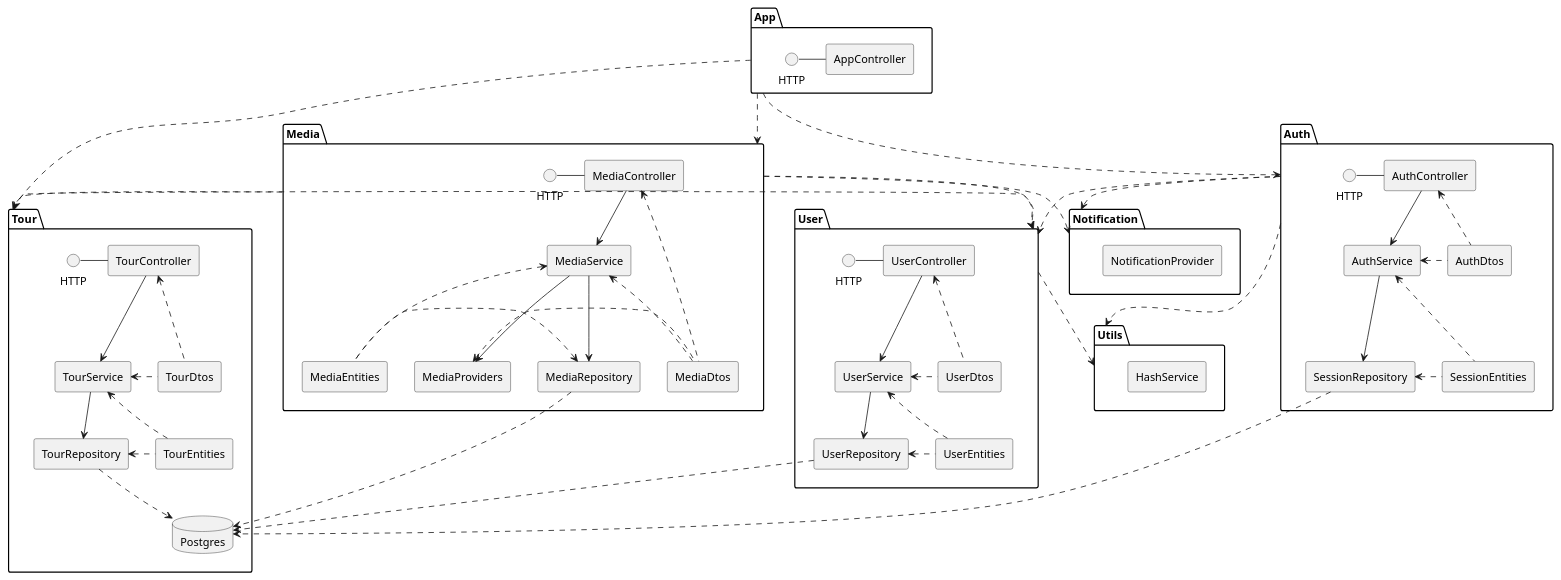
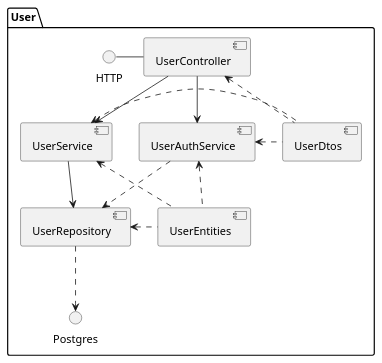
Before and after one commit to gipfeli-io/documentation: the fourth of 10 diagrams in docs/architecture/api.md, drawn with PlantUML. The commit also changed other lines of this file, not shown here.

Commit message:
Update architecture of API

````diff
--- a/docs/architecture/api.md
+++ b/docs/architecture/api.md
@@ -15,86 +151,17 @@
-```plantuml Overall
-@startuml
-skinparam componentStyle rectangle
-
-package "Tour" {
-interface HTTP as h1
-h1 -r- [TourController]
-[TourController] --> [TourService]
-[TourService] -d-> [TourRepository]
-[TourRepository] .d.> Postgres
-[TourEntities] .l.> [TourRepository]
-[TourEntities] .l.> [TourService]
-[TourDtos] .l.> [TourService]
-[TourDtos] .l.> [TourController]
-}
-
+```plantuml User
 package "User" {
 interface HTTP as h2
 h2 -r- [UserController]
 [UserController] --> [UserService]
+[UserController] --> [UserAuthService]
 [UserService] -d-> [UserRepository]
 [UserRepository] .d.> Postgres
 [UserEntities] .l.> [UserRepository]
 [UserEntities] .l.> [UserService]
+[UserEntities] .l.> [UserAuthService]
 [UserDtos] .l.> [UserService]
+[UserDtos] .l.> [UserAuthService]
 [UserDtos] .l.> [UserController]
+[UserAuthService] ..> [UserRepository]
 }
-
-package "Auth" {
-interface HTTP as h4
-h4 -r- [AuthController]
-[AuthController] --> [AuthService]
-[SessionEntities] .l.> [AuthService]
-[SessionEntities] .l.> [SessionRepository]
-[SessionRepository] .d.> Postgres
-[AuthDtos] .l.> [AuthService]
-[AuthDtos] .l.> [AuthController]
-[AuthService] -d-> [SessionRepository]
-}
-
-package "Media" {
-interface HTTP as h5
-h5 -r- [MediaController]
-[MediaController] --> [MediaService]
-[MediaEntities] .l.> [MediaService]
-[MediaEntities] .l.> [MediaRepository]
-[MediaRepository] .d.> Postgres
-[MediaDtos] .l.> [MediaService]
-[MediaDtos] .l.> [MediaController]
-[MediaDtos] .l.> [MediaProviders]
-[MediaService] -d-> [MediaRepository]
-[MediaService] --> [MediaProviders]
-}
-
-package "Notification" {
-[NotificationProvider]
-}
-
-package "App" {
-interface HTTP as h3
-h3 -r- [AppController]
-}
-
-package "Utils" {
-[HashService]
-}
-
-
-User ..> Utils
-Auth ..> Utils
-Auth ..> User
-App ..> Auth
-App ..> Tour
-App ..> Media
-Auth ..> Notification
-Media ..> Notification
-Tour ..> User
-Media ..> User
-Media ..> Tour
-
-
-database "Postgres" {
-
-}
-@enduml
 ```
````
